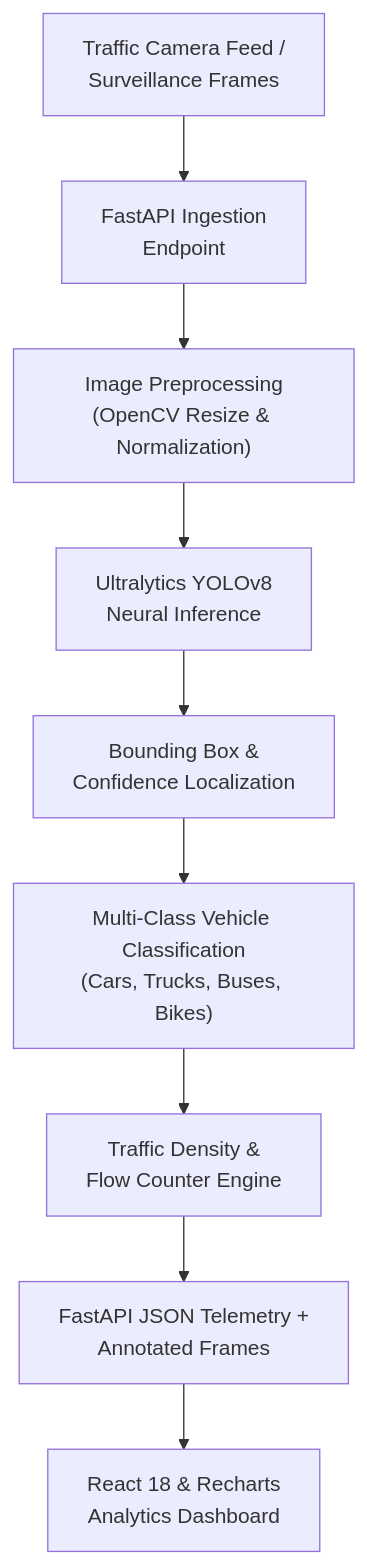
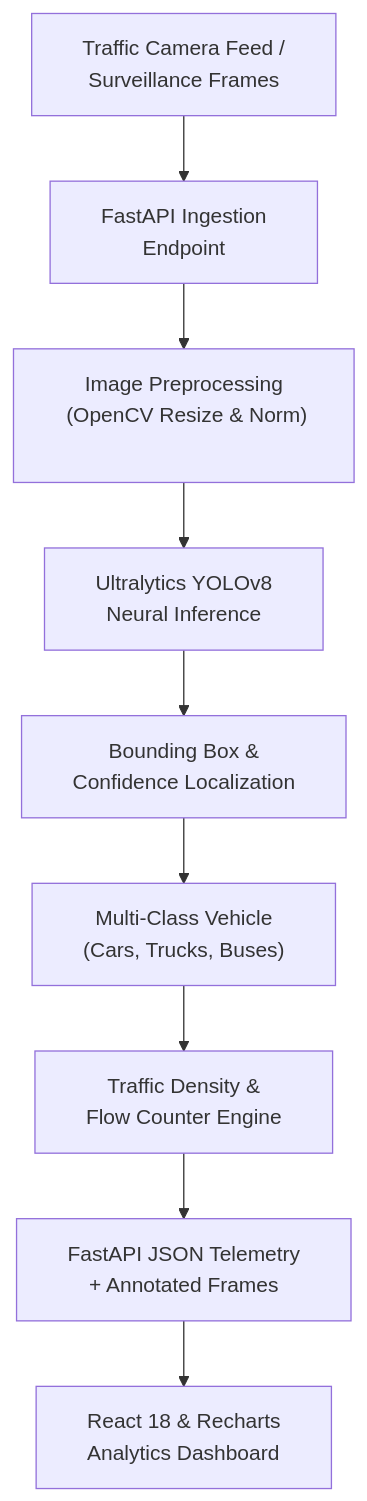
The diagram in README.md (ISBANDURAHUMAN-R/VEHIX), drawn with Mermaid before and after one commit.

Commit message:
docs: fix Mermaid label truncation with line wrapping and non-clipping padding

````diff
--- a/README.md
+++ b/README.md
@@ -12,11 +12,11 @@
 ```mermaid
 flowchart TD
-    Video["Traffic Camera Feed /<br/>Surveillance Frames"] --> Ingest["FastAPI Ingestion<br/>Endpoint"]
-    Ingest --> Pre["Image Preprocessing<br/>(OpenCV Resize & Normalization)"]
-    Pre --> YOLO["Ultralytics YOLOv8<br/>Neural Inference"]
-    YOLO --> BBox["Bounding Box &amp;<br/>Confidence Localization"]
-    BBox --> Class["Multi-Class Vehicle Classification<br/>(Cars, Trucks, Buses, Bikes)"]
-    Class --> Density["Traffic Density &amp;<br/>Flow Counter Engine"]
-    Density --> API["FastAPI JSON Telemetry +<br/>Annotated Frames"]
-    API --> UI["React 18 & Recharts<br/>Analytics Dashboard"]
+    Video["&nbsp; Traffic Camera Feed / &nbsp;<br/>&nbsp; Surveillance Frames &nbsp;"] --> Ingest["&nbsp; FastAPI Ingestion &nbsp;<br/>&nbsp; Endpoint &nbsp;"]
+    Ingest --> Pre["&nbsp; Image Preprocessing &nbsp;<br/>&nbsp; (OpenCV Resize &amp; Norm) &nbsp;"]
+    Pre --> YOLO["&nbsp; Ultralytics YOLOv8 &nbsp;<br/>&nbsp; Neural Inference &nbsp;"]
+    YOLO --> BBox["&nbsp; Bounding Box &amp; &nbsp;<br/>&nbsp; Confidence Localization &nbsp;"]
+    BBox --> Class["&nbsp; Multi-Class Vehicle &nbsp;<br/>&nbsp; (Cars, Trucks, Buses) &nbsp;"]
+    Class --> Density["&nbsp; Traffic Density &amp; &nbsp;<br/>&nbsp; Flow Counter Engine &nbsp;"]
+    Density --> API["&nbsp; FastAPI JSON Telemetry &nbsp;<br/>&nbsp; + Annotated Frames &nbsp;"]
+    API --> UI["&nbsp; React 18 &amp; Recharts &nbsp;<br/>&nbsp; Analytics Dashboard &nbsp;"]
 ```
````
